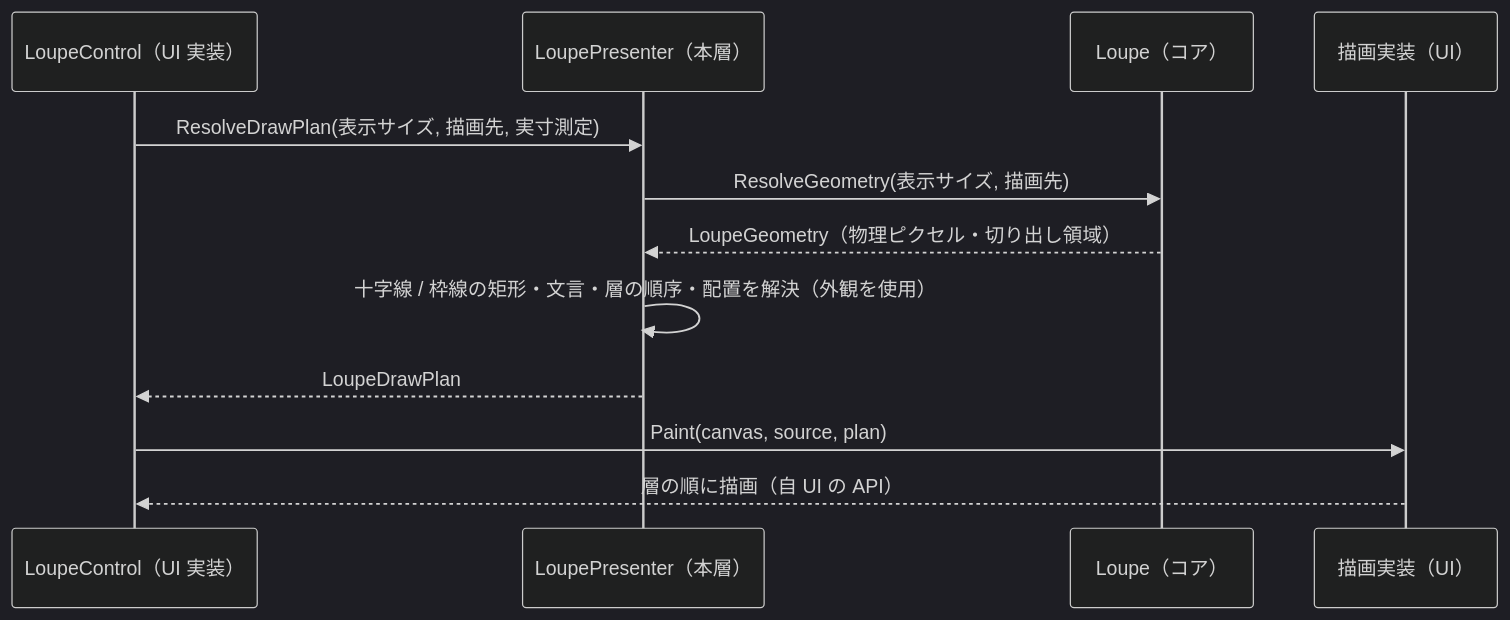
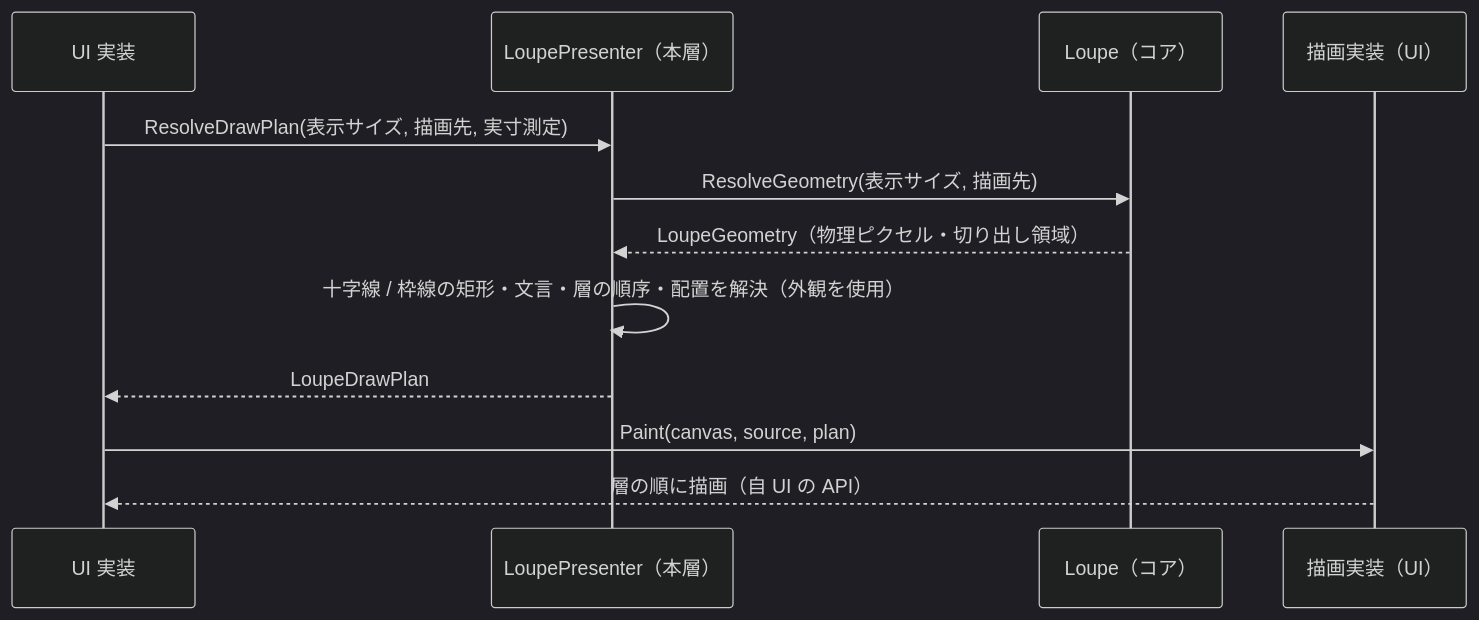
Before and after one commit to tomokuni/SaveEvidence: the second of 2 diagrams in src/Feature.Loupe.Presenter/docs/SPEC_System.md, drawn with Mermaid (dark theme). The commit also changed other lines of this file and 5 other files, not shown here.

````diff
--- a/src/Feature.Loupe.Presenter/docs/SPEC_System.md
+++ b/src/Feature.Loupe.Presenter/docs/SPEC_System.md
@@ -41,15 +41,15 @@
 ```mermaid
 sequenceDiagram
-  participant UI as LoupeControl（UI 実装）
+  participant UI as UI 実装
   participant P as LoupePresenter（本層）
   participant L as Loupe（コア）
   participant Painter as 描画実装（UI）
 
   UI->>P: ResolveDrawPlan(表示サイズ, 描画先, 実寸測定)
   P->>L: ResolveGeometry(表示サイズ, 描画先)
   L-->>P: LoupeGeometry（物理ピクセル・切り出し領域）
   P->>P: 十字線 / 枠線の矩形・文言・層の順序・配置を解決（外観を使用）
   P-->>UI: LoupeDrawPlan
   UI->>Painter: Paint(canvas, source, plan)
   Painter-->>UI: 層の順に描画（自 UI の API）
 ```
````
